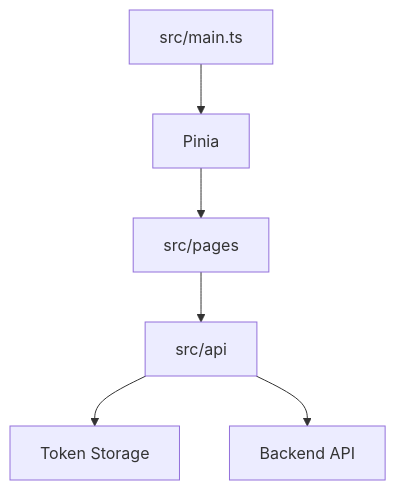
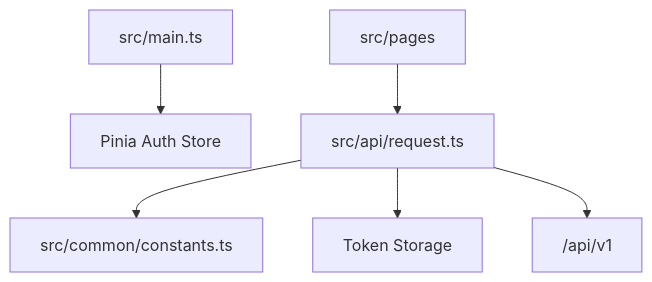
The third of 4 diagrams in README.md (gee-coder/template-uniapp-mini), drawn with Mermaid before and after one commit. The commit also changed other lines of this file and 17 other files, not shown here.

````diff
--- a/README.md
+++ b/README.md
@@ -75,8 +70,8 @@
 ```mermaid
 flowchart TD
-    App["src/main.ts"] --> Store["Pinia"]
-    Pages["src/pages"] --> API["src/api"]
+    App["src/main.ts"] --> Store["Pinia Auth Store"]
+    Pages["src/pages"] --> API["src/api/request.ts"]
+    API --> Config["src/common/constants.ts"]
     API --> Storage["Token Storage"]
-    API --> Backend["Backend API"]
-    Store --> Pages
+    API --> Backend["/api/v1"]
 ```
````
